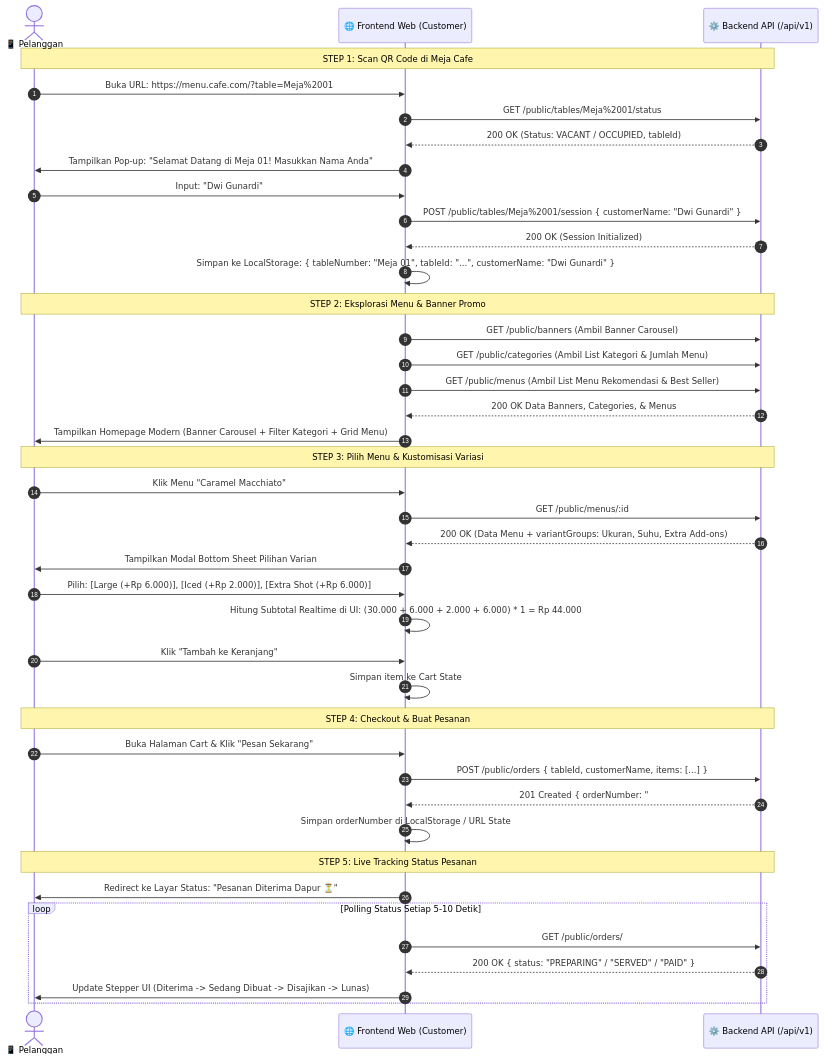
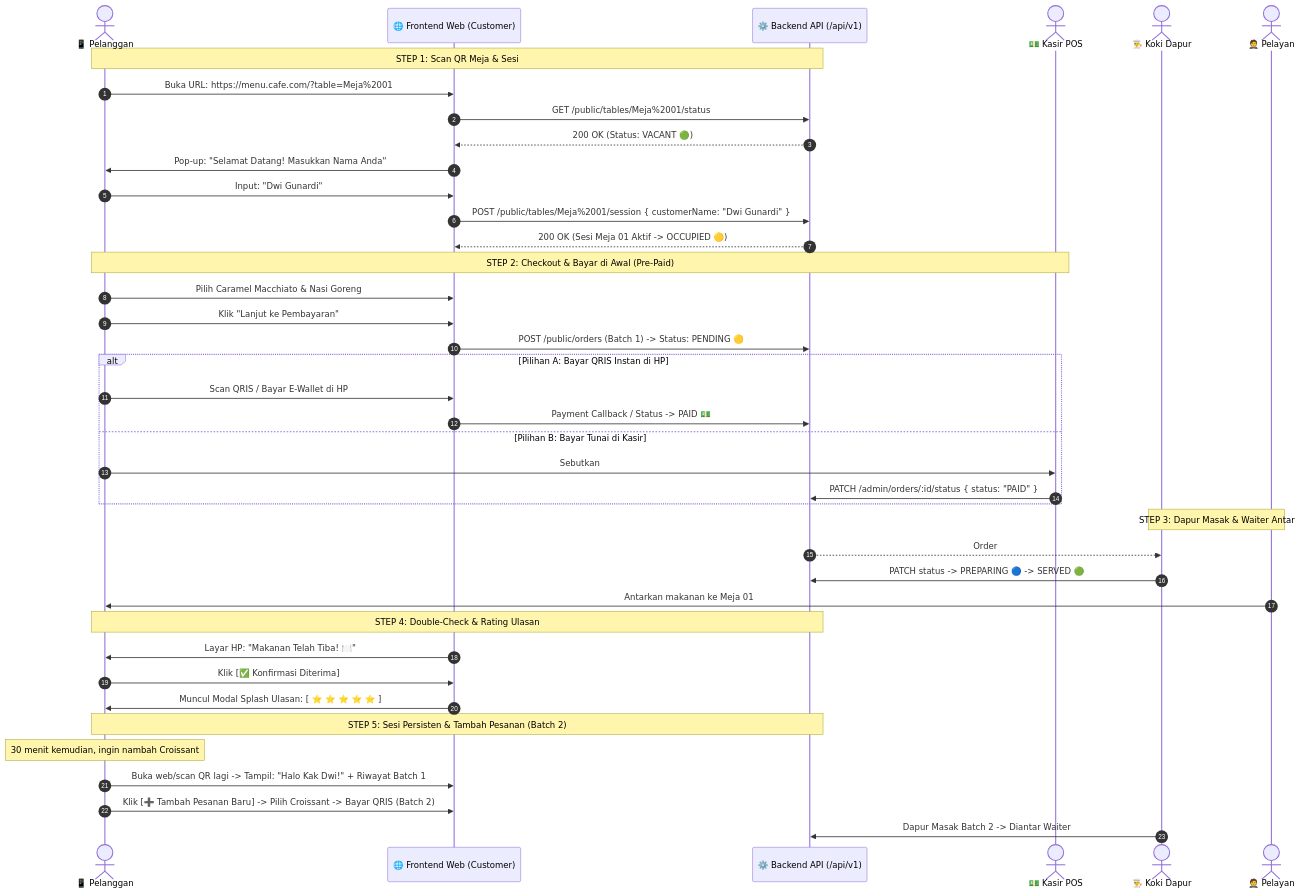
One commit to dwigunardi/be-menu-scan-latihan changed the second of 4 diagrams in docs/integration/frontend-integration-guide.md. Above: the diagram before and after it, drawn with Mermaid. The commit also changed other lines of this file and 2 other files, not shown here.

Commit message:
docs: add master cafe operational activity flow and pre-paid frontend integration guide

````diff
--- a/docs/integration/frontend-integration-guide.md
+++ b/docs/integration/frontend-integration-guide.md
@@ -109,48 +85,47 @@
 ```mermaid
 sequenceDiagram
     autonumber
     actor Customer as 📱 Pelanggan
     participant FE as 🌐 Frontend Web (Customer)
     participant BE as ⚙️ Backend API (/api/v1)
+    actor Cashier as 💵 Kasir POS
+    actor Kitchen as 👨‍🍳 Koki Dapur
+    actor Waiter as 🤵 Pelayan
 
-    Note over Customer,BE: STEP 1: Scan QR Code di Meja Cafe
+    Note over Customer,BE: STEP 1: Scan QR Meja & Sesi
     Customer->>FE: Buka URL: https://menu.cafe.com/?table=Meja%2001
     FE->>BE: GET /public/tables/Meja%2001/status
-    BE-->>FE: 200 OK (Status: VACANT / OCCUPIED, tableId)
-    FE->>Customer: Tampilkan Pop-up: "Selamat Datang di Meja 01! Masukkan Nama Anda"
+    BE-->>FE: 200 OK (Status: VACANT 🟢)
+    FE->>Customer: Pop-up: "Selamat Datang! Masukkan Nama Anda"
     Customer->>FE: Input: "Dwi Gunardi"
     FE->>BE: POST /public/tables/Meja%2001/session { customerName: "Dwi Gunardi" }
-    BE-->>FE: 200 OK (Session Initialized)
-    FE->>FE: Simpan ke LocalStorage: { tableNumber: "Meja 01", tableId: "...", customerName: "Dwi Gunardi" }
+    BE-->>FE: 200 OK (Sesi Meja 01 Aktif -> OCCUPIED 🟡)
 
-    Note over Customer,BE: STEP 2: Eksplorasi Menu & Banner Promo
-    FE->>BE: GET /public/banners (Ambil Banner Carousel)
-    FE->>BE: GET /public/categories (Ambil List Kategori & Jumlah Menu)
-    FE->>BE: GET /public/menus (Ambil List Menu Rekomendasi & Best Seller)
-    BE-->>FE: 200 OK Data Banners, Categories, & Menus
-    FE->>Customer: Tampilkan Homepage Modern (Banner Carousel + Filter Kategori + Grid Menu)
+    Note over Customer,Cashier: STEP 2: Checkout & Bayar di Awal (Pre-Paid)
+    Customer->>FE: Pilih Caramel Macchiato & Nasi Goreng
+    Customer->>FE: Klik "Lanjut ke Pembayaran"
+    FE->>BE: POST /public/orders (Batch 1) -> Status: PENDING 🟡
+    alt Pilihan A: Bayar QRIS Instan di HP
+        Customer->>FE: Scan QRIS / Bayar E-Wallet di HP
+        FE->>BE: Payment Callback / Status -> PAID 💵
+    else Pilihan B: Bayar Tunai di Kasir
+        Customer->>Cashier: Sebutkan #ORD-001 di Kasir & Bayar Cash
+        Cashier->>BE: PATCH /admin/orders/:id/status { status: "PAID" }
+    end
 
-    Note over Customer,BE: STEP 3: Pilih Menu & Kustomisasi Variasi
-    Customer->>FE: Klik Menu "Caramel Macchiato"
-    FE->>BE: GET /public/menus/:id
-    BE-->>FE: 200 OK (Data Menu + variantGroups: Ukuran, Suhu, Extra Add-ons)
-    FE->>Customer: Tampilkan Modal Bottom Sheet Pilihan Varian
-    Customer->>FE: Pilih: [Large (+Rp 6.000)], [Iced (+Rp 2.000)], [Extra Shot (+Rp 6.000)]
-    FE->>FE: Hitung Subtotal Realtime di UI: (30.000 + 6.000 + 2.000 + 6.000) * 1 = Rp 44.000
-    Customer->>FE: Klik "Tambah ke Keranjang"
-    FE->>FE: Simpan item ke Cart State
+    Note over Kitchen,Waiter: STEP 3: Dapur Masak & Waiter Antar
+    BE-->>Kitchen: Order #ORD-001 (PAID) Muncul di KDS Dapur!
+    Kitchen->>BE: PATCH status -> PREPARING 🔵 -> SERVED 🟢
+    Waiter->>Customer: Antarkan makanan ke Meja 01
 
-    Note over Customer,BE: STEP 4: Checkout & Buat Pesanan
-    Customer->>FE: Buka Halaman Cart & Klik "Pesan Sekarang"
-    FE->>BE: POST /public/orders { tableId, customerName, items: [...] }
-    BE-->>FE: 201 Created { orderNumber: "#ORD-20260810-001", status: "PENDING" }
-    FE->>FE: Simpan orderNumber di LocalStorage / URL State
+    Note over Customer,BE: STEP 4: Double-Check & Rating Ulasan
+    FE->>Customer: Layar HP: "Makanan Telah Tiba! 🍽️"
+    Customer->>FE: Klik [✅ Konfirmasi Diterima]
+    FE->>Customer: Muncul Modal Splash Ulasan: [ ⭐ ⭐ ⭐ ⭐ ⭐ ]
 
-    Note over Customer,BE: STEP 5: Live Tracking Status Pesanan
-    FE->>Customer: Redirect ke Layar Status: "Pesanan Diterima Dapur ⏳"
-    loop Polling Status Setiap 5-10 Detik
-        FE->>BE: GET /public/orders/#ORD-20260810-001
-        BE-->>FE: 200 OK { status: "PREPARING" / "SERVED" / "PAID" }
-        FE->>Customer: Update Stepper UI (Diterima -> Sedang Dibuat -> Disajikan -> Lunas)
-    end
+    Note over Customer,BE: STEP 5: Sesi Persisten & Tambah Pesanan (Batch 2)
+    Note over Customer: 30 menit kemudian, ingin nambah Croissant
+    Customer->>FE: Buka web/scan QR lagi -> Tampil: "Halo Kak Dwi!" + Riwayat Batch 1
+    Customer->>FE: Klik [➕ Tambah Pesanan Baru] -> Pilih Croissant -> Bayar QRIS (Batch 2)
+    Kitchen->>BE: Dapur Masak Batch 2 -> Diantar Waiter
 ```
````
